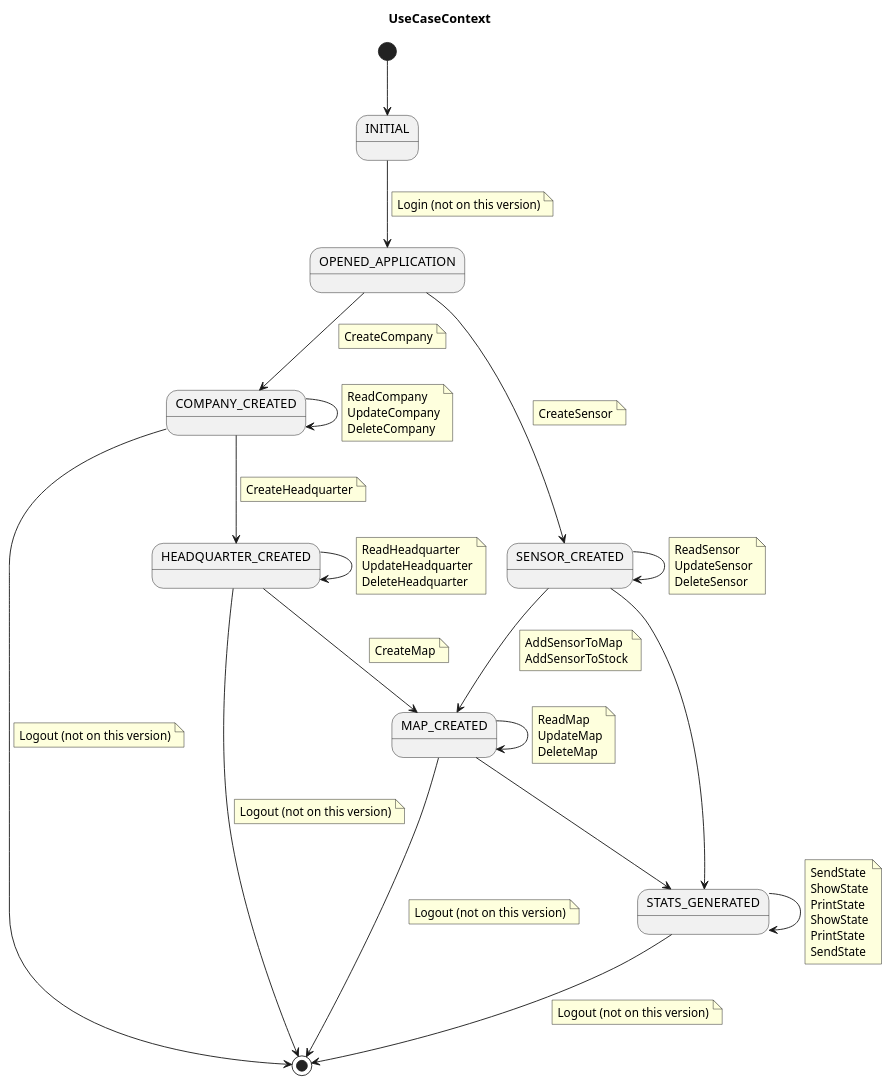
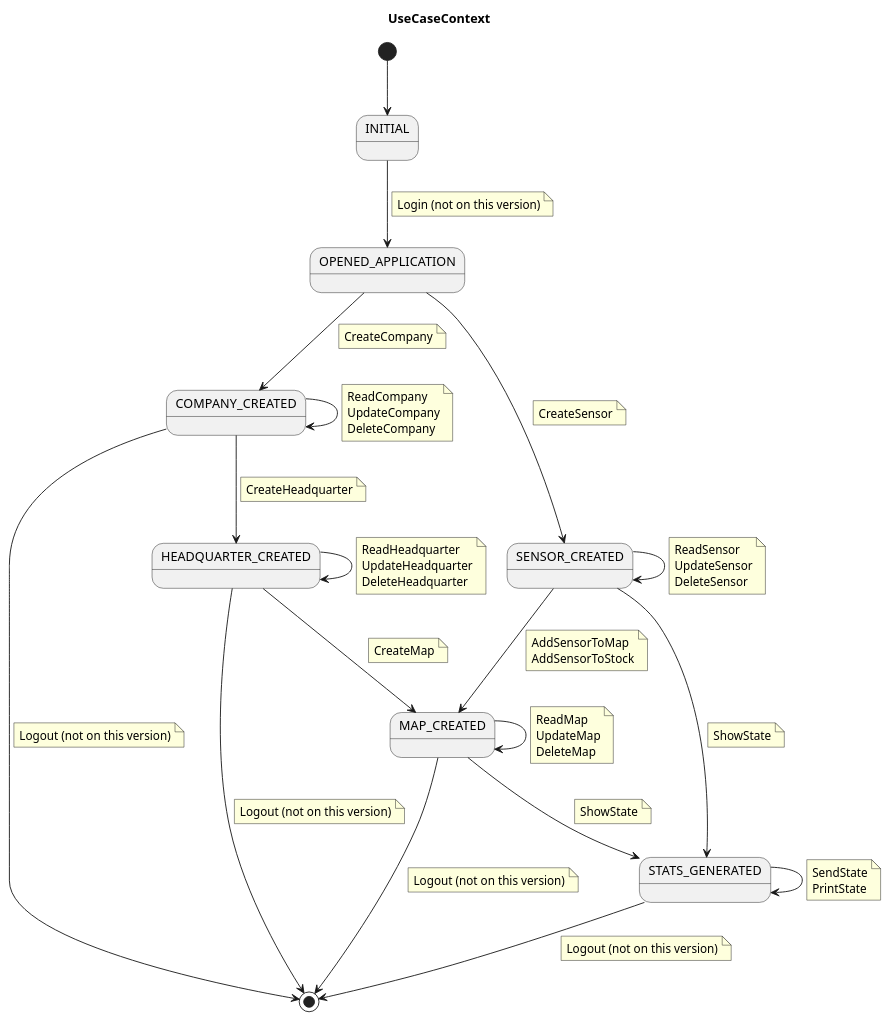
One commit to jumpering/pestmonitors changed the diagram in docs/src/useCase/context/useCaseContext.puml. Above: the diagram before and after it, drawn with PlantUML. The commit also changed 1 other file, not shown here.

```diff
--- a/docs/src/useCase/context/useCaseContext.puml
+++ b/docs/src/useCase/context/useCaseContext.puml
@@ -1,111 +1,108 @@
 @startuml
 title UseCaseContext
 
 state INITIAL
 state OPENED_APPLICATION
 state COMPANY_CREATED
 state HEADQUARTER_CREATED
 state MAP_CREATED
 state SENSOR_CREATED
 state STATS_GENERATED
 
 [*] --> INITIAL
 
 INITIAL --> OPENED_APPLICATION
 note on link
     Login (not on this version)
 end note
 
 OPENED_APPLICATION --> COMPANY_CREATED
     note on link
         CreateCompany
     end note
 COMPANY_CREATED --> COMPANY_CREATED
 note on link
     ReadCompany
     UpdateCompany
     DeleteCompany
 end note
 
 COMPANY_CREATED --> HEADQUARTER_CREATED
     note on link
         CreateHeadquarter
     end note
 
 HEADQUARTER_CREATED --> HEADQUARTER_CREATED
     note on link
         ReadHeadquarter
         UpdateHeadquarter
         DeleteHeadquarter
     end note
 
 HEADQUARTER_CREATED --> MAP_CREATED
     note on link
         CreateMap
     end note
 
 MAP_CREATED --> MAP_CREATED
     note on link
         ReadMap
         UpdateMap
         DeleteMap
     end note
 
 MAP_CREATED --> STATS_GENERATED
+    note on link
+        ShowState
+    end note
 
 OPENED_APPLICATION --> SENSOR_CREATED
     note on link
         CreateSensor
     end note
 
 SENSOR_CREATED --> SENSOR_CREATED
     note on link
         ReadSensor
         UpdateSensor
         DeleteSensor
     end note
 
 COMPANY_CREATED --> [*]
       note on link
           Logout (not on this version)
       end note
 
 HEADQUARTER_CREATED --> [*]
       note on link
           Logout (not on this version)
       end note
 
 MAP_CREATED --> [*]
       note on link
           Logout (not on this version)
       end note
 
 SENSOR_CREATED --> STATS_GENERATED
-'       note on link
-'           ShowState
-'           PrintState
-'           SendState'
-'       end note
+    note on link
+        ShowState
+    end note
 
 
 SENSOR_CREATED --> MAP_CREATED
     note on link
         AddSensorToMap
         AddSensorToStock
     end note
 
 STATS_GENERATED --> STATS_GENERATED
     note on link
         SendState
-        ShowState
         PrintState
-        ShowState
-        PrintState
-        SendState
     end note
 
 STATS_GENERATED --> [*]
       note on link
           Logout (not on this version)
       end note
 @enduml
```
